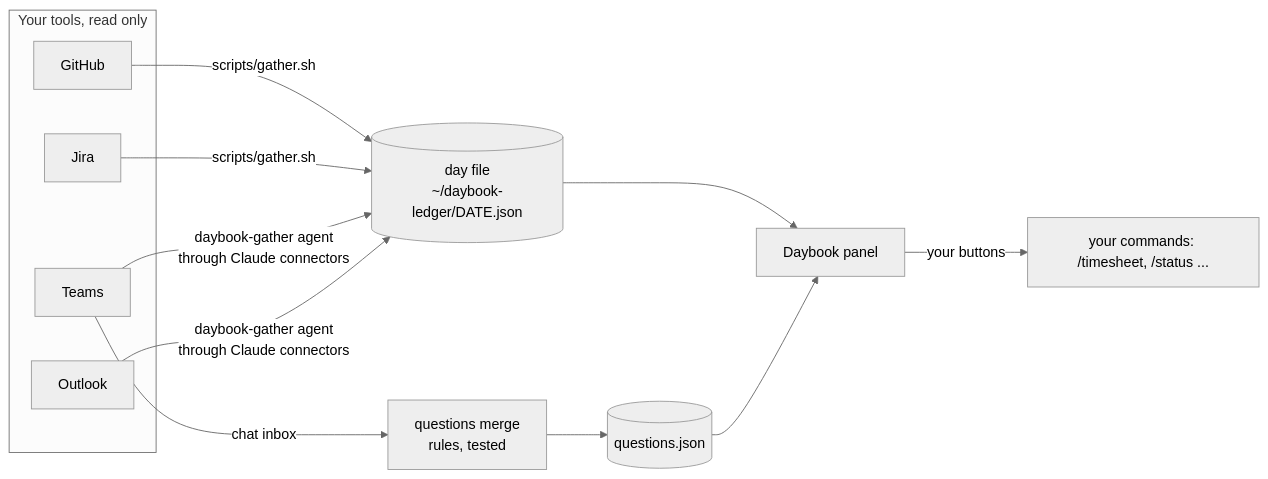
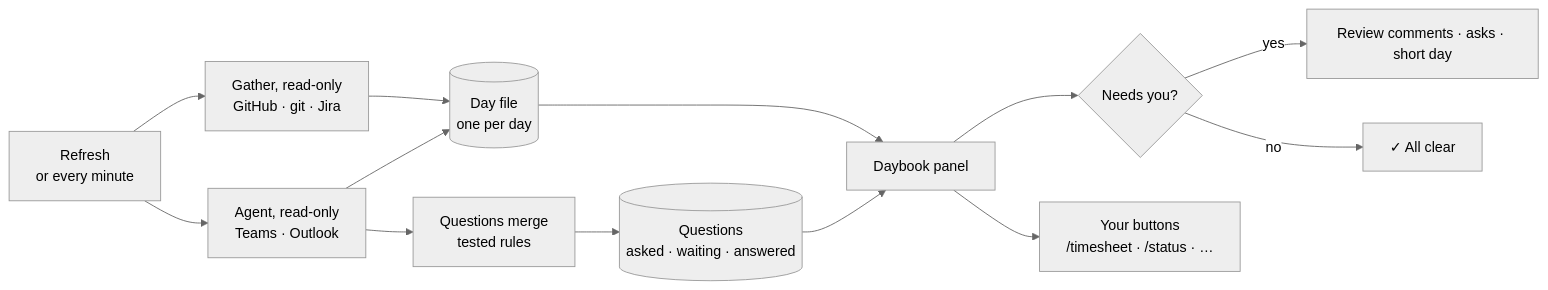
One commit to Zeeshan138063/daybook changed the diagram in README.md. Above: the diagram before and after it, drawn with Mermaid (neutral theme). The commit also changed other lines of this file and 11 other files, not shown here.

````diff
--- a/README.md
+++ b/README.md
@@ -75,12 +21,15 @@
 ```mermaid
 flowchart LR
-  subgraph tools[Your tools, read only]
-    GH[GitHub] ; JI[Jira] ; TE[Teams] ; OU[Outlook]
-  end
-  GH & JI -->|scripts/gather.sh| DAY[(day file\n~/daybook-ledger/DATE.json)]
-  TE & OU -->|daybook-gather agent\nthrough Claude connectors| DAY
-  TE -->|chat inbox| MERGE[questions merge\nrules, tested] --> Q[(questions.json)]
-  DAY --> PANEL[Daybook panel]
-  Q --> PANEL
-  PANEL -->|your buttons| CMDS[your commands: /timesheet, /status ...]
+    R[Refresh<br/>or every minute] --> G[Gather, read-only<br/>GitHub · git · Jira]
+    R --> A[Agent, read-only<br/>Teams · Outlook]
+    G --> D[(Day file<br/>one per day)]
+    A --> D
+    A --> Q[Questions merge<br/>tested rules]
+    Q --> QS[(Questions<br/>asked · waiting · answered)]
+    D --> P[Daybook panel]
+    QS --> P
+    P --> N{Needs you?}
+    N -- yes --> Y[Review comments · asks · short day]
+    N -- no --> C[✓ All clear]
+    P --> B[Your buttons<br/>/timesheet · /status · …]
 ```
````
